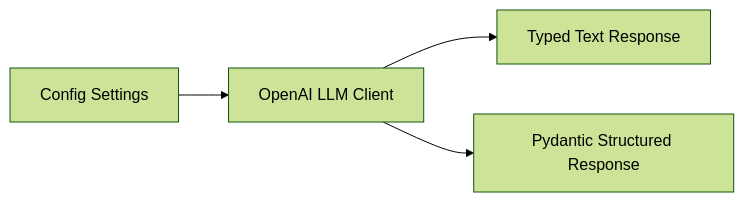
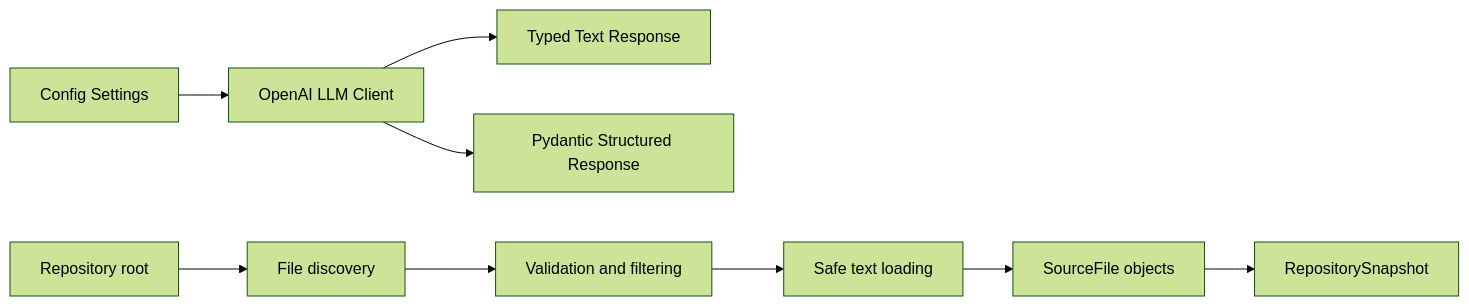
Before and after one commit to phenstee/RepoMind: the diagram in README.md, drawn with Mermaid (forest theme). The commit also changed other lines of this file and 7 other files, not shown here.

Commit message:
feat: add repository ingestion and source representation

````diff
--- a/README.md
+++ b/README.md
@@ -52,6 +93,12 @@
 ```mermaid
 flowchart LR
     Settings[Config Settings] --> Client[OpenAI LLM Client]
     Client --> Text[Typed Text Response]
     Client --> Structured[Pydantic Structured Response]
+
+    Root[Repository root] --> Discovery[File discovery]
+    Discovery --> Filter[Validation and filtering]
+    Filter --> Load[Safe text loading]
+    Load --> Source[SourceFile objects]
+    Source --> Snapshot[RepositorySnapshot]
 ```
````
